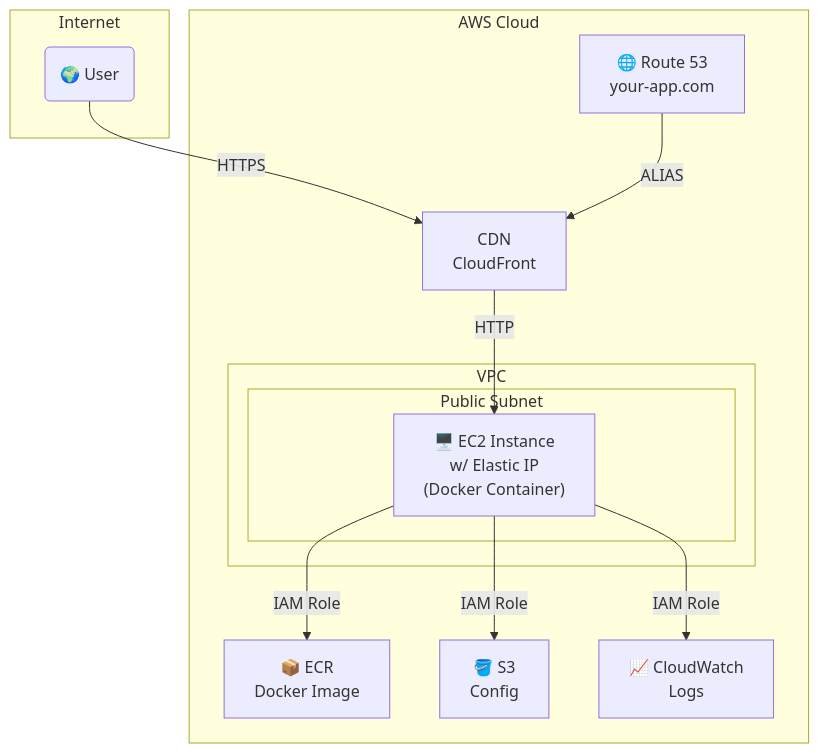
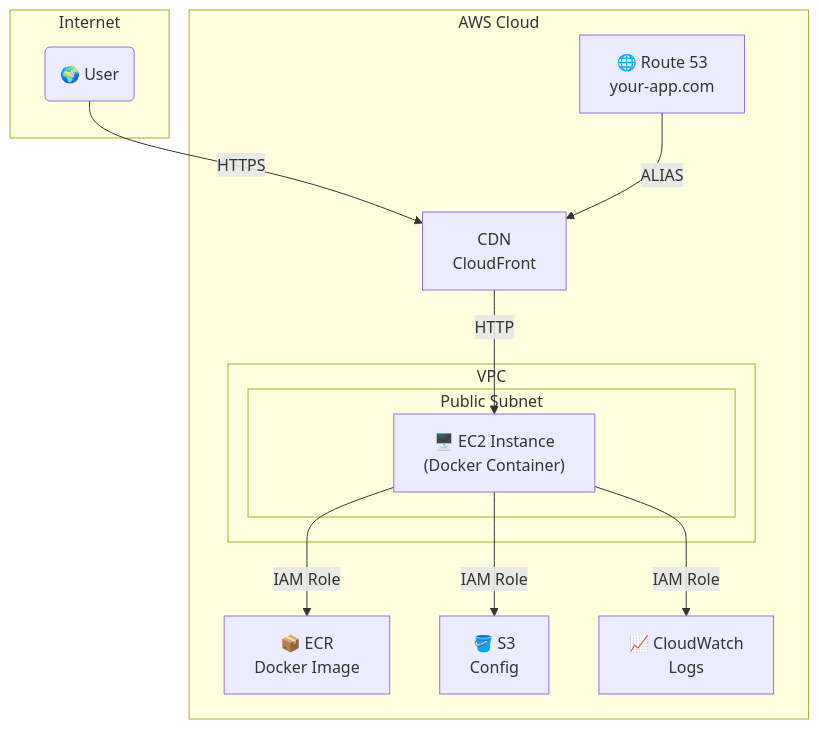
The diagram in DEPLOYMENT.md (azabluda/turnkey), drawn with Mermaid before and after one commit. The commit also changed other lines of this file and 1 other file, not shown here.

First paragraph of the commit message:
feat(infra): Enhance and secure CloudFormation stack
Refactors the `template.yaml` to implement production-ready best practices for security, reliability, and maintainability.

````diff
--- a/DEPLOYMENT.md
+++ b/DEPLOYMENT.md
@@ -20,30 +19,30 @@
 ```mermaid
 flowchart TD
     subgraph "Internet"
         User("🌍 User")
     end
 
     subgraph "AWS Cloud"
         Route53["🌐 Route 53<br>your-app.com"]
         CloudFront["CDN<br>CloudFront"]
         
         subgraph "VPC"
             subgraph "Public Subnet"
-                EC2["🖥️ EC2 Instance<br>w/ Elastic IP<br>(Docker Container)"]
+                EC2["🖥️ EC2 Instance<br>(Docker Container)"]
             end
         end
 
         ECR["📦 ECR<br>Docker Image"]
         S3["🪣 S3<br>Config"]
         CloudWatch["📈 CloudWatch<br>Logs"]
     end
 
     %% Connections
     User -- HTTPS --> CloudFront
     Route53 -- ALIAS --> CloudFront
     CloudFront -- HTTP --> EC2
     
     EC2 -- IAM Role --> ECR
     EC2 -- IAM Role --> S3
     EC2 -- IAM Role --> CloudWatch
 ```
````
